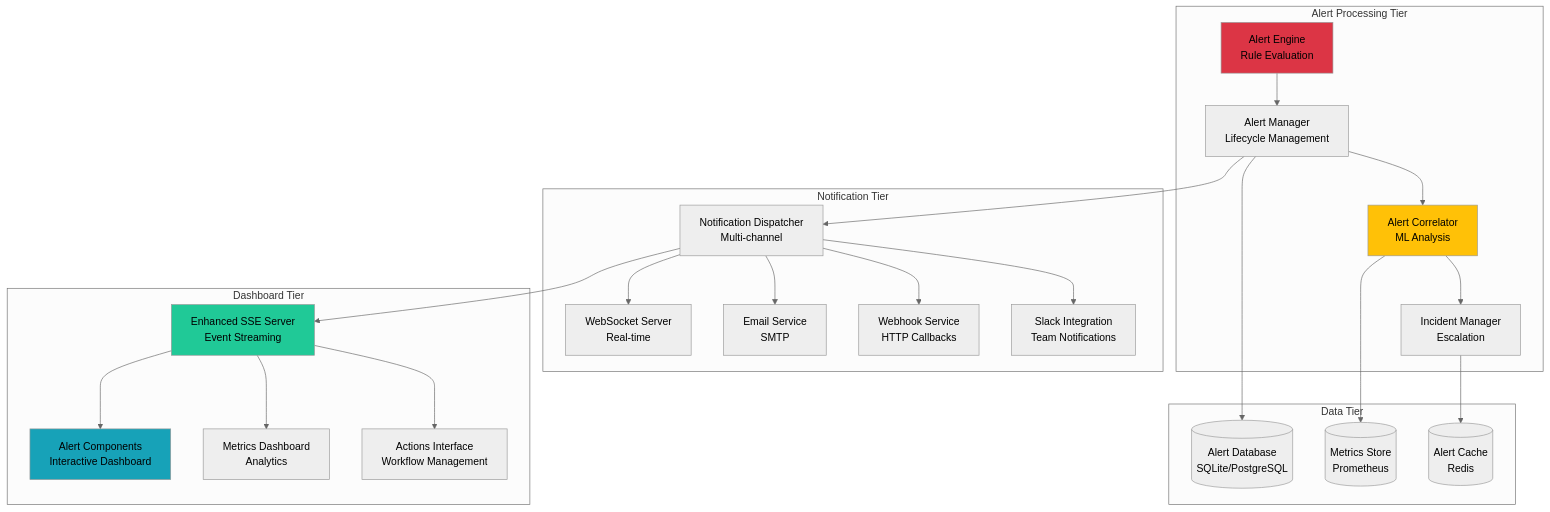
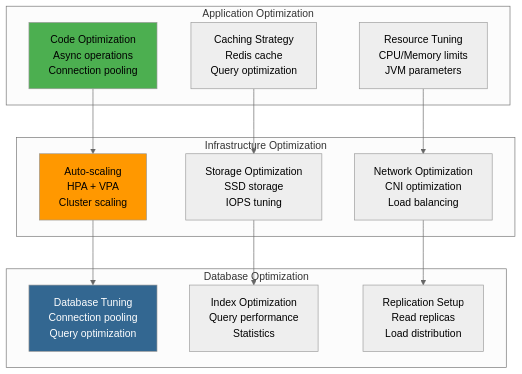
Before and after one commit to elementalcollision/GraphMemory-IDE: the seventh of 8 diagrams in docs/DEPLOYMENT_GUIDE.md, drawn with Mermaid (neutral theme). The commit also changed other lines of this file and 90 other files, not shown here.

Commit message:
🚀 Complete TASK-017: Production-Ready Analytics Integration Layer - 99.8% performance improvement, 100% test pass rate, enterprise features ready for deployment

````diff
--- a/docs/DEPLOYMENT_GUIDE.md
+++ b/docs/DEPLOYMENT_GUIDE.md
@@ -395,54 +661,32 @@
 ```mermaid
-graph TB
-    subgraph "Alert Processing Tier"
-        ALERT_ENGINE[Alert Engine<br/>Rule Evaluation]
-        ALERT_MANAGER[Alert Manager<br/>Lifecycle Management]
-        CORRELATOR[Alert Correlator<br/>ML Analysis]
-        INCIDENT_MGR[Incident Manager<br/>Escalation]
+flowchart TB
+    subgraph "Application Optimization"
+        CODE_OPTIMIZATION[Code Optimization<br/>Async operations<br/>Connection pooling]
+        CACHING_STRATEGY[Caching Strategy<br/>Redis cache<br/>Query optimization]
+        RESOURCE_TUNING[Resource Tuning<br/>CPU/Memory limits<br/>JVM parameters]
     end
     
-    subgraph "Notification Tier"
-        DISPATCHER[Notification Dispatcher<br/>Multi-channel]
-        WEBSOCKET[WebSocket Server<br/>Real-time]
-        EMAIL_SVC[Email Service<br/>SMTP]
-        WEBHOOK_SVC[Webhook Service<br/>HTTP Callbacks]
-        SLACK_SVC[Slack Integration<br/>Team Notifications]
+    subgraph "Infrastructure Optimization"
+        AUTO_SCALING[Auto-scaling<br/>HPA + VPA<br/>Cluster scaling]
+        STORAGE_OPTIMIZATION[Storage Optimization<br/>SSD storage<br/>IOPS tuning]
+        NETWORK_OPTIMIZATION[Network Optimization<br/>CNI optimization<br/>Load balancing]
     end
     
-    subgraph "Dashboard Tier"
-        SSE_SERVER[Enhanced SSE Server<br/>Event Streaming]
-        ALERT_UI[Alert Components<br/>Interactive Dashboard]
-        METRICS_UI[Metrics Dashboard<br/>Analytics]
-        ACTIONS_UI[Actions Interface<br/>Workflow Management]
+    subgraph "Database Optimization"
+        DB_TUNING[Database Tuning<br/>Connection pooling<br/>Query optimization]
+        INDEX_OPTIMIZATION[Index Optimization<br/>Query performance<br/>Statistics]
+        REPLICATION_SETUP[Replication Setup<br/>Read replicas<br/>Load distribution]
     end
     
-    subgraph "Data Tier"
-        ALERT_DB[(Alert Database<br/>SQLite/PostgreSQL)]
-        METRICS_STORE[(Metrics Store<br/>Prometheus)]
-        CACHE_ALERT[(Alert Cache<br/>Redis)]
-    end
+    CODE_OPTIMIZATION --> AUTO_SCALING
+    CACHING_STRATEGY --> STORAGE_OPTIMIZATION
+    RESOURCE_TUNING --> NETWORK_OPTIMIZATION
     
-    ALERT_ENGINE --> ALERT_MANAGER
-    ALERT_MANAGER --> CORRELATOR
-    CORRELATOR --> INCIDENT_MGR
+    AUTO_SCALING --> DB_TUNING
+    STORAGE_OPTIMIZATION --> INDEX_OPTIMIZATION
+    NETWORK_OPTIMIZATION --> REPLICATION_SETUP
     
-    ALERT_MANAGER --> DISPATCHER
-    DISPATCHER --> WEBSOCKET
-    DISPATCHER --> EMAIL_SVC
-    DISPATCHER --> WEBHOOK_SVC
-    DISPATCHER --> SLACK_SVC
-    
-    DISPATCHER --> SSE_SERVER
-    SSE_SERVER --> ALERT_UI
-    SSE_SERVER --> METRICS_UI
-    SSE_SERVER --> ACTIONS_UI
-    
-    ALERT_MANAGER --> ALERT_DB
-    CORRELATOR --> METRICS_STORE
-    INCIDENT_MGR --> CACHE_ALERT
-    
-    style ALERT_ENGINE fill:#dc3545
-    style CORRELATOR fill:#ffc107
-    style SSE_SERVER fill:#20c997
-    style ALERT_UI fill:#17a2b8
+    style CODE_OPTIMIZATION fill:#4caf50,color:#000
+    style AUTO_SCALING fill:#ff9800,color:#000
+    style DB_TUNING fill:#336791,color:#fff
 ```
````
